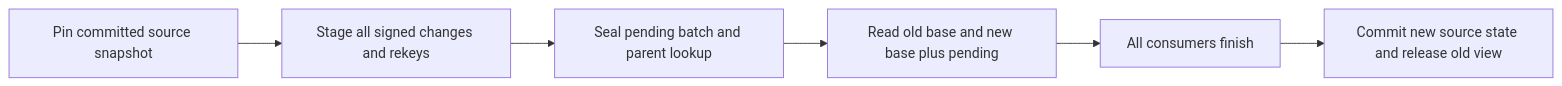
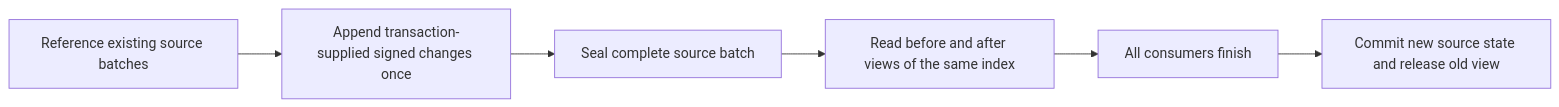
The second of 2 diagrams in docs/design/merged-index/README.md (alicia-lyu/feldera), drawn with Mermaid before and after one commit. The commit also changed other lines of this file and 3 other files, not shown here.

Commit message:
docs: define flat merged-index storage and align old/new with runtime traces

````diff
--- a/docs/design/merged-index/README.md
+++ b/docs/design/merged-index/README.md
@@ -303,8 +312,8 @@
 ```mermaid
 flowchart LR
-    S[Pin committed source snapshot] --> P[Stage all signed changes and rekeys]
-    P --> N[Seal pending batch and parent lookup]
-    N --> R[Read old base and new base plus pending]
+    S[Reference existing source batches] --> P[Append transaction-supplied signed changes once]
+    P --> N[Seal complete source batch]
+    N --> R[Read before and after views of the same index]
     R --> F[All consumers finish]
     F --> C[Commit new source state and release old view]
 ```
````
